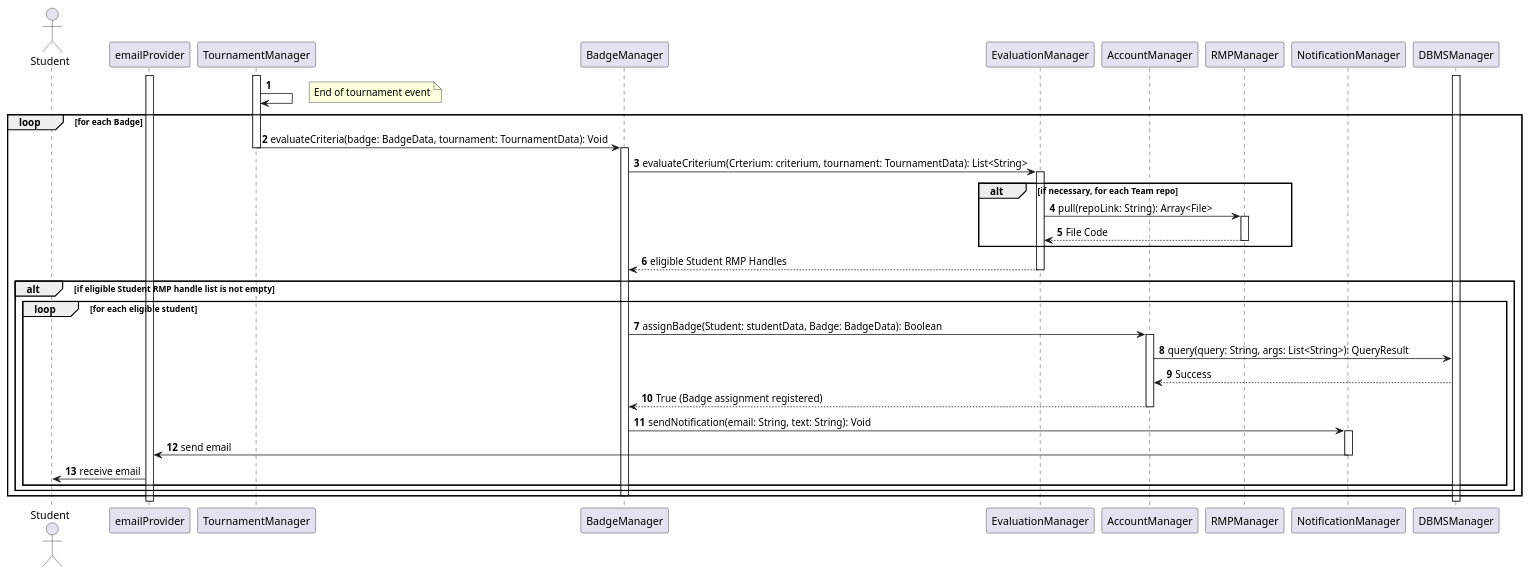
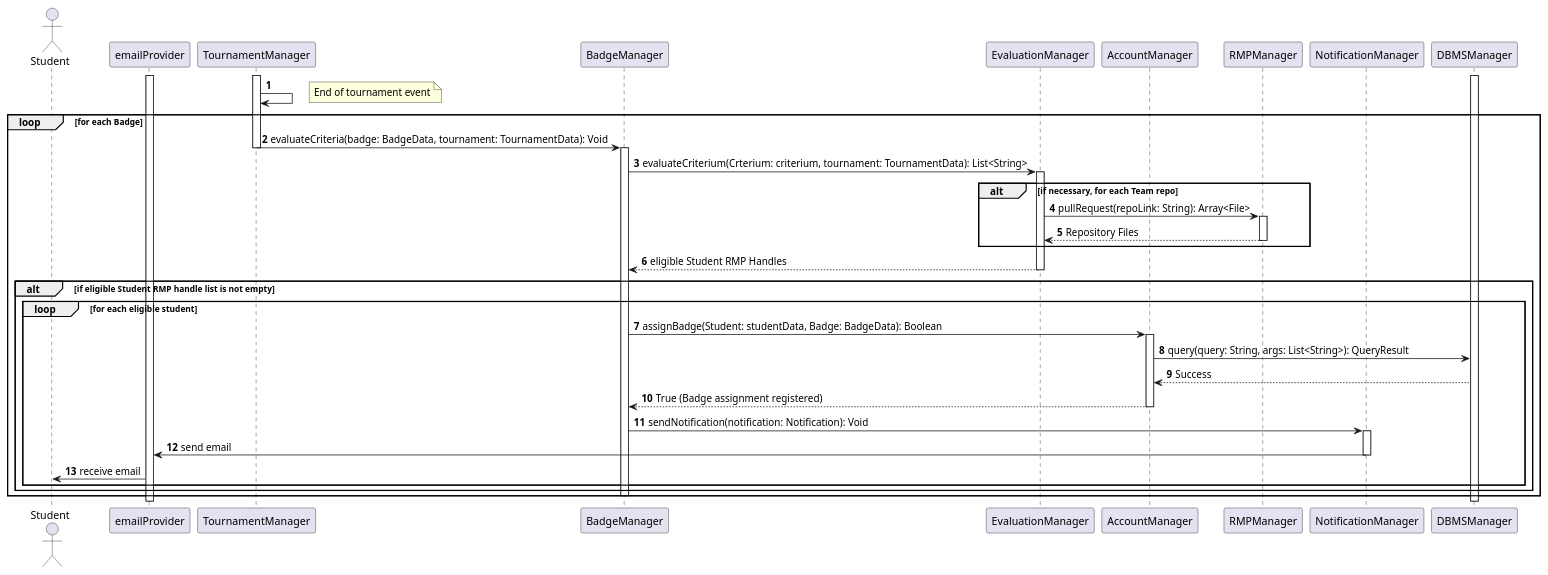
One commit to Angelo7672/SE2_Requirement-and-Design-Document changed the diagram in _DD/Images/sequenceDiagrams/assignABadge.wsd. Above: the diagram before and after it, drawn with PlantUML. The commit also changed 7 other files, not shown here.

Commit message:
(dd) More Sequence Diagram Tweaks

```diff
--- a/_DD/Images/sequenceDiagrams/assignABadge.wsd
+++ b/_DD/Images/sequenceDiagrams/assignABadge.wsd
@@ -1,60 +1,60 @@
 @startuml
 
 autonumber
 
 actor Student as U
 participant emailProvider as EP
 participant TournamentManager as TM
 participant BadgeManager as BM
 participant EvaluationManager as EM
 
 participant AccountManager as AM
 
 
 participant RMPManager as RMP
 participant NotificationManager as NM
 participant DBMSManager as DB
 
 activate DB
 activate TM
 activate EP
 TM -> TM:  
 note right 
 End of tournament event
 end note
 loop for each Badge
     TM -> BM: evaluateCriteria(badge: BadgeData, tournament: TournamentData): Void
     deactivate TM
     activate BM
     BM -> EM: evaluateCriterium(Crterium: criterium, tournament: TournamentData): List<String>
     activate EM
     alt if necessary, for each Team repo
-        EM -> RMP: pull(repoLink: String): Array<File>
+        EM -> RMP: pullRequest(repoLink: String): Array<File>
         activate RMP
-        RMP --> EM: File Code
+        RMP --> EM: Repository Files
         deactivate RMP
     end
     EM --> BM: eligible Student RMP Handles
     deactivate EM
     alt if eligible Student RMP handle list is not empty
         loop for each eligible student
             BM -> AM: assignBadge(Student: studentData, Badge: BadgeData): Boolean
             activate AM
             AM -> DB: query(query: String, args: List<String>): QueryResult
             DB --> AM: Success
             AM --> BM: True (Badge assignment registered)
             deactivate AM
-            BM -> NM: sendNotification(email: String, text: String): Void
+            BM -> NM: sendNotification(notification: Notification): Void
             activate NM
             NM -> EP: send email
             deactivate NM
             EP -> U: receive email
         end
     end
     deactivate BM
 end
 deactivate TM
 deactivate DB
 deactivate EP
 
 @enduml
```
